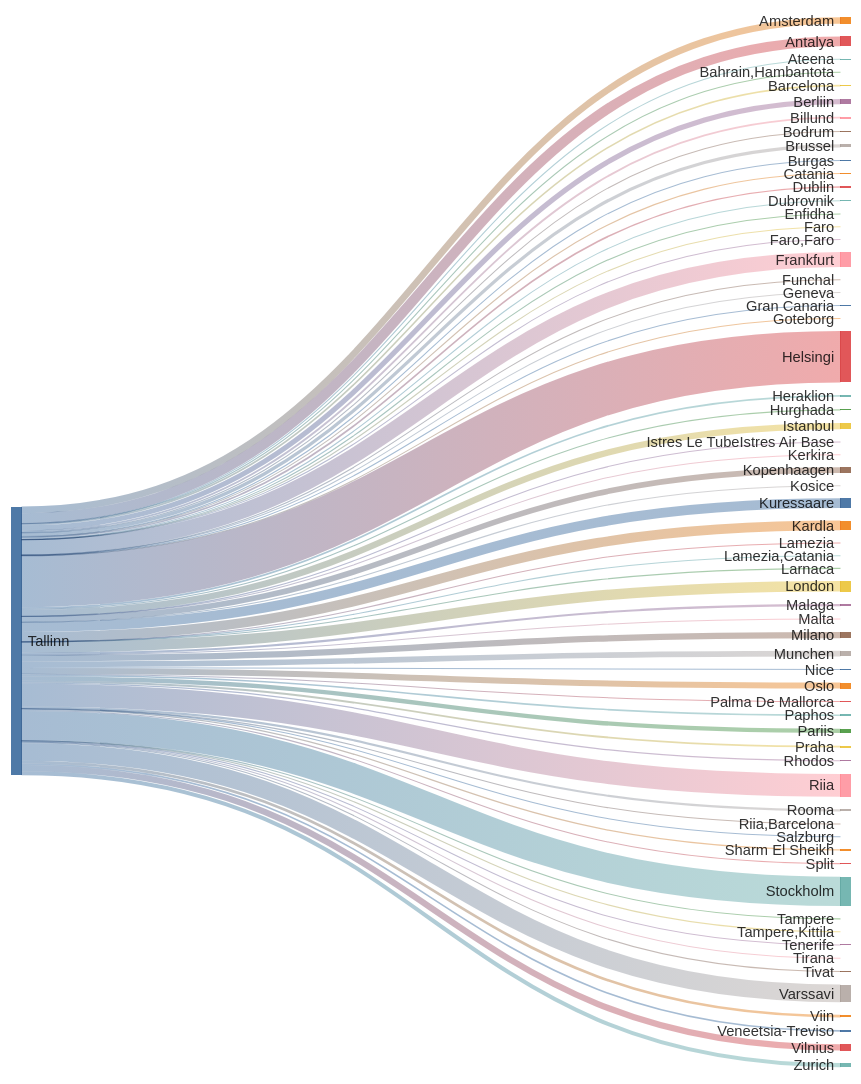
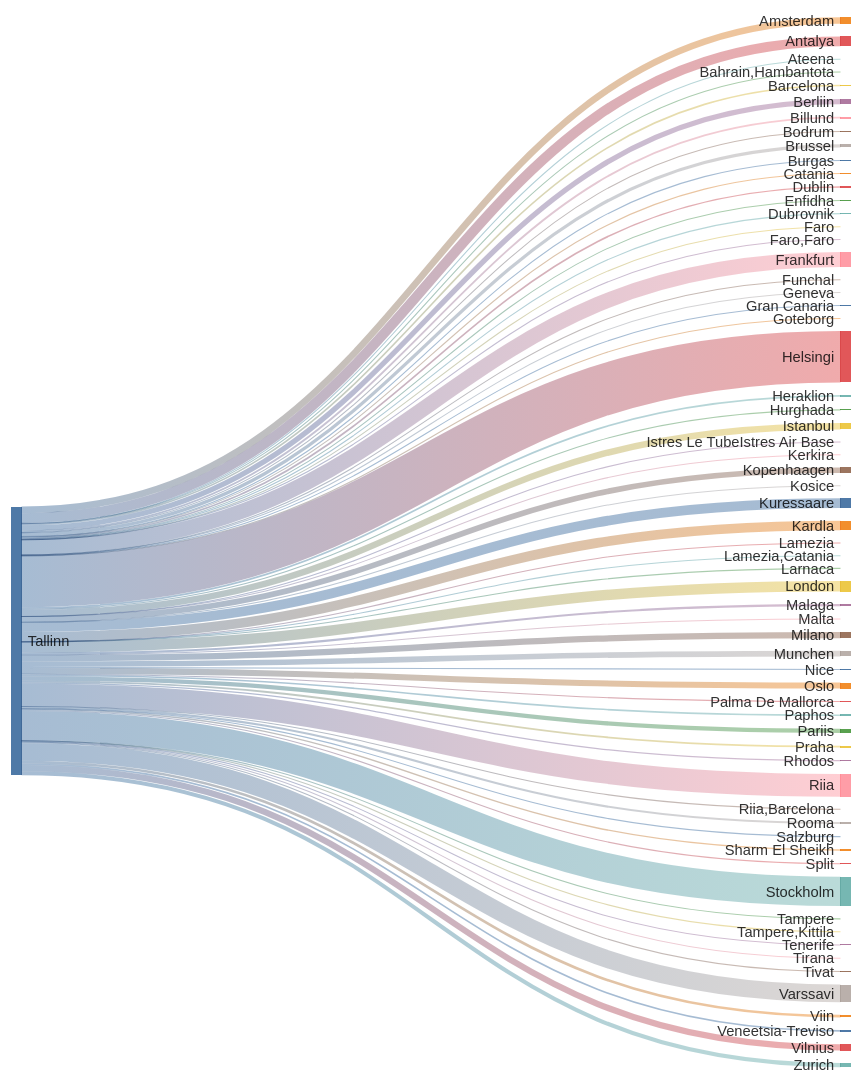
Before and after one commit to rainermesi/tll-airport-departures: the second of 2 diagrams in README.md, drawn with Mermaid. The commit also changed other lines of this file, not shown here.

````diff
--- a/README.md
+++ b/README.md
@@ -34,76 +34,76 @@
 ```mermaid
 ---
 config:
   sankey:
     showValues: false
     width: 800
     height: 1000
 ---
 sankey-beta
 %% source,target,value
-Tallinn,Amsterdam,175
+Tallinn,Amsterdam,176
 Tallinn,Antalya,260
 Tallinn,Ateena,16
 Tallinn,"Bahrain,Hambantota",1
-Tallinn,Barcelona,42
-Tallinn,Berliin,136
+Tallinn,Barcelona,43
+Tallinn,Berliin,138
 Tallinn,Billund,49
 Tallinn,Bodrum,11
-Tallinn,Brussel,85
+Tallinn,Brussel,86
 Tallinn,Burgas,21
 Tallinn,Catania,2
 Tallinn,Dublin,43
 Tallinn,Dubrovnik,21
 Tallinn,Enfidha,7
 Tallinn,Faro,4
 Tallinn,"Faro,Faro",1
-Tallinn,Frankfurt,396
+Tallinn,Frankfurt,399
 Tallinn,Funchal,5
 Tallinn,Geneva,1
-Tallinn,Gran Canaria,18
+Tallinn,Gran Canaria,19
 Tallinn,Goteborg,1
-Tallinn,Helsingi,1348
+Tallinn,Helsingi,1357
 Tallinn,Heraklion,46
 Tallinn,Hurghada,27
-Tallinn,Istanbul,167
+Tallinn,Istanbul,169
 Tallinn,Istres Le TubeIstres Air Base,2
 Tallinn,Kerkira,4
-Tallinn,Kopenhaagen,149
+Tallinn,Kopenhaagen,150
 Tallinn,Kosice,1
-Tallinn,Kuressaare,256
-Tallinn,Kardla,256
+Tallinn,Kuressaare,257
+Tallinn,Kardla,257
 Tallinn,Lamezia,1
 Tallinn,"Lamezia,Catania",3
 Tallinn,Larnaca,4
-Tallinn,London,274
+Tallinn,London,276
 Tallinn,Malaga,55
 Tallinn,Malta,15
-Tallinn,Milano,164
+Tallinn,Milano,165
 Tallinn,Munchen,148
 Tallinn,Nice,25
-Tallinn,Oslo,157
+Tallinn,Oslo,159
 Tallinn,Palma De Mallorca,19
 Tallinn,Paphos,42
-Tallinn,Pariis,115
+Tallinn,Pariis,116
 Tallinn,Praha,49
 Tallinn,Rhodos,32
-Tallinn,Riia,597
+Tallinn,Riia,601
 Tallinn,"Riia,Barcelona",1
-Tallinn,Rooma,55
+Tallinn,Rooma,56
 Tallinn,Salzburg,2
-Tallinn,Sharm El Sheikh,33
+Tallinn,Sharm El Sheikh,36
 Tallinn,Split,25
-Tallinn,Stockholm,768
+Tallinn,Stockholm,771
 Tallinn,Tampere,17
 Tallinn,"Tampere,Kittila",2
 Tallinn,Tenerife,27
 Tallinn,Tirana,8
 Tallinn,Tivat,26
-Tallinn,Varssavi,463
-Tallinn,Veneetsia-Treviso,43
+Tallinn,Varssavi,466
+Tallinn,Veneetsia-Treviso,44
 Tallinn,Viin,70
-Tallinn,Vilnius,163
-Tallinn,Zurich,106
+Tallinn,Vilnius,164
+Tallinn,Zurich,107
 
 
 ```
````
